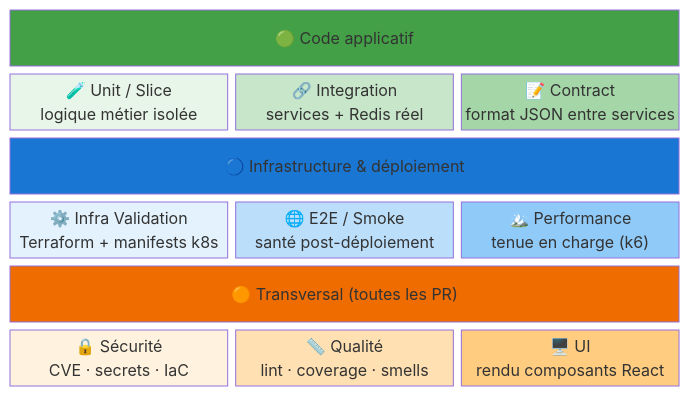
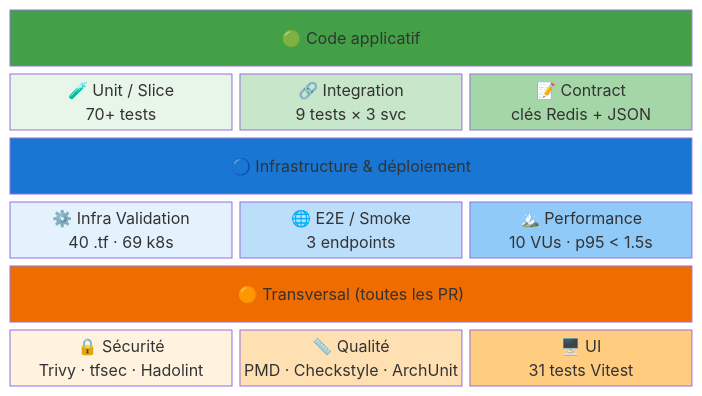
One commit to ClementV78/CloudRadar changed the fourth of 7 diagrams in docs/testing-overview.md. Above: the diagram before and after it, drawn with Mermaid. The commit also changed other lines of this file and 16 other files, not shown here.

First line of the commit message:
ci(quality): add static analysis tooling (PMD, Checkstyle, ArchUnit) (#561)

````diff
--- a/docs/testing-overview.md
+++ b/docs/testing-overview.md
@@ -149,34 +152,34 @@
 ```mermaid
 block-beta
   columns 3
 
   APP["🟢 Code applicatif"]:3
-  U["🧪 Unit / Slice<br>logique métier isolée"]:1
-  I["🔗 Integration<br>services + Redis réel"]:1
-  C["📝 Contract<br>format JSON entre services"]:1
+  U["🧪 Unit / Slice<br>70+ tests"]:1
+  I["🔗 Integration<br>9 tests × 3 svc"]:1
+  C["📝 Contract<br>clés Redis + JSON"]:1
 
   INFRA["🔵 Infrastructure & déploiement"]:3
-  IV["⚙️ Infra Validation<br>Terraform + manifests k8s"]:1
-  E["🌐 E2E / Smoke<br>santé post-déploiement"]:1
-  P["🏔️ Performance<br>tenue en charge (k6)"]:1
+  IV["⚙️ Infra Validation<br>40 .tf · 69 k8s"]:1
+  E["🌐 E2E / Smoke<br>3 endpoints"]:1
+  P["🏔️ Performance<br>10 VUs · p95 < 1.5s"]:1
 
   CROSS["🟠 Transversal (toutes les PR)"]:3
-  S["🔒 Sécurité<br>CVE · secrets · IaC"]:1
-  Q["📏 Qualité<br>lint · coverage · smells"]:1
-  UI["🖥️ UI<br>rendu composants React"]:1
+  S["🔒 Sécurité<br>Trivy · tfsec · Hadolint"]:1
+  Q["📏 Qualité<br>PMD · Checkstyle · ArchUnit"]:1
+  UI["🖥️ UI<br>31 tests Vitest"]:1
 
   style APP fill:#43a047,color:#fff
   style U fill:#e8f5e9,color:#000
   style I fill:#c8e6c9,color:#000
   style C fill:#a5d6a7,color:#000
 
   style INFRA fill:#1976d2,color:#fff
   style IV fill:#e3f2fd,color:#000
   style E fill:#bbdefb,color:#000
   style P fill:#90caf9,color:#000
 
   style CROSS fill:#ef6c00,color:#fff
   style S fill:#fff3e0,color:#000
   style Q fill:#ffe0b2,color:#000
   style UI fill:#ffcc80,color:#000
 ```
````
